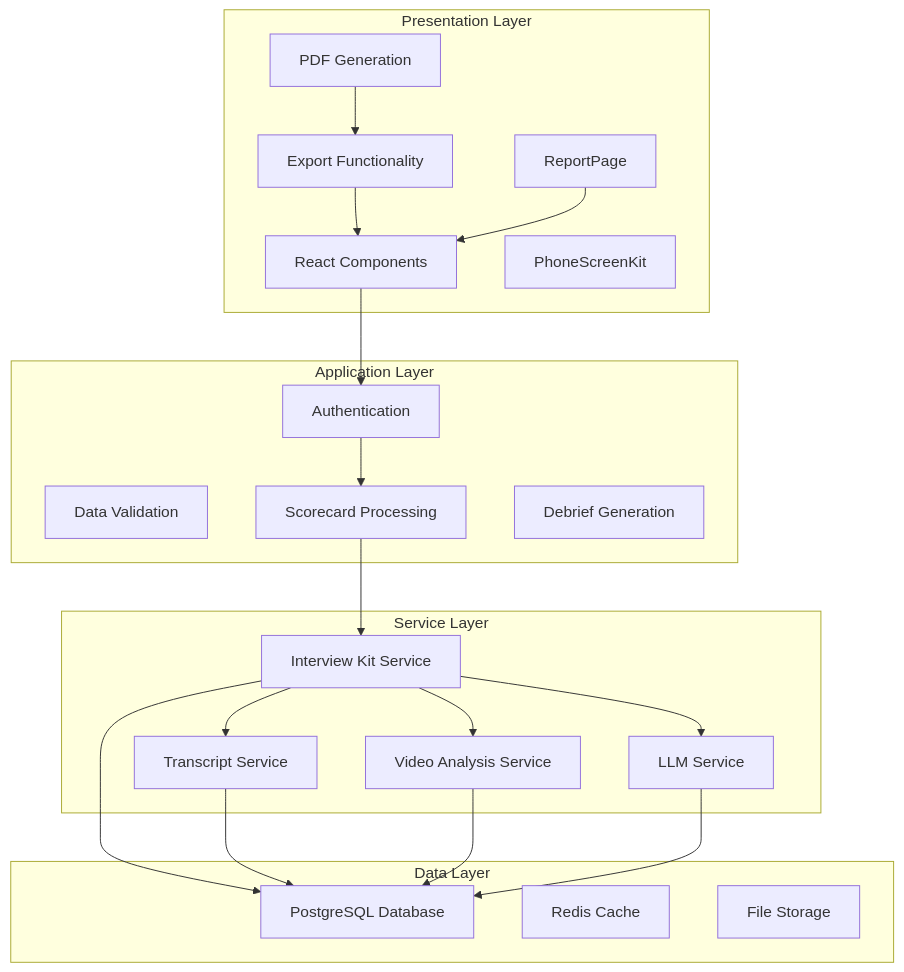
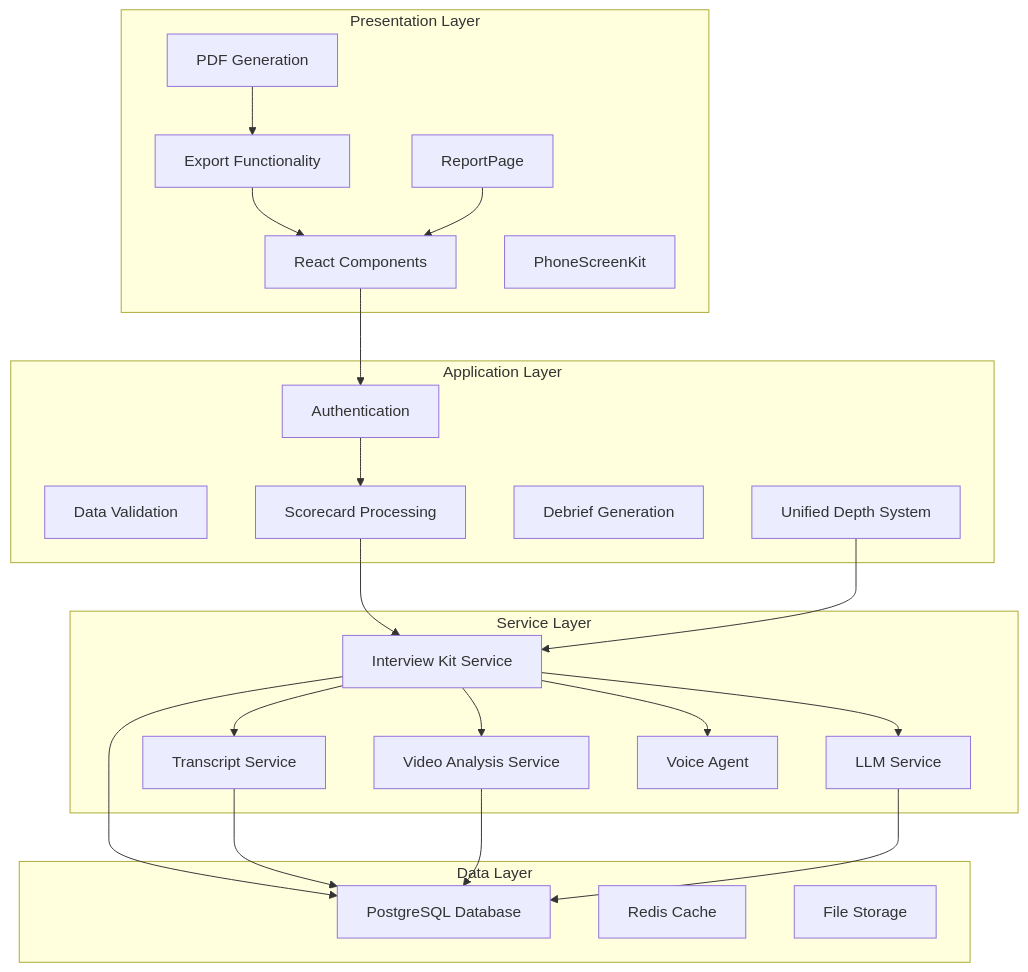
Before and after one commit to Revanththetalogics/aireume: the third of 12 diagrams in .qoder/repowiki/en/content/Frontend Architecture/Component Library/Interview Scorecard Component.md, drawn with Mermaid. The commit also changed other lines of this file and 32 other files, not shown here.

````diff
--- a/.qoder/repowiki/en/content/Frontend Architecture/Component Library/Interview Scorecard Component.md
+++ b/.qoder/repowiki/en/content/Frontend Architecture/Component Library/Interview Scorecard Component.md
@@ -191,40 +202,44 @@
 ```mermaid
 graph TB
 subgraph "Presentation Layer"
 UI[React Components]
 PDF[PDF Generation]
 Export[Export Functionality]
 PSK[PhoneScreenKit]
 RP[ReportPage]
 end
 subgraph "Application Layer"
 Auth[Authentication]
 Validation[Data Validation]
 Processing[Scorecard Processing]
 DebriefGen[Debrief Generation]
+UnifiedDepth[Unified Depth System]
 end
 subgraph "Service Layer"
 InterviewKit[Interview Kit Service]
 TranscriptAnalysis[Transcript Service]
 VideoAnalysis[Video Analysis Service]
 LLMService[LLM Service]
+VoiceAgent[Voice Agent]
 end
 subgraph "Data Layer"
 PostgreSQL[PostgreSQL Database]
 Redis[Redis Cache]
 FileStorage[File Storage]
 end
 UI --> Auth
 Auth --> Processing
 Processing --> InterviewKit
 InterviewKit --> TranscriptAnalysis
 InterviewKit --> VideoAnalysis
 InterviewKit --> LLMService
+InterviewKit --> VoiceAgent
 InterviewKit --> PostgreSQL
 TranscriptAnalysis --> PostgreSQL
 VideoAnalysis --> PostgreSQL
 LLMService --> PostgreSQL
 PDF --> Export
 Export --> UI
 RP --> UI
+UnifiedDepth --> InterviewKit
 ```
````
